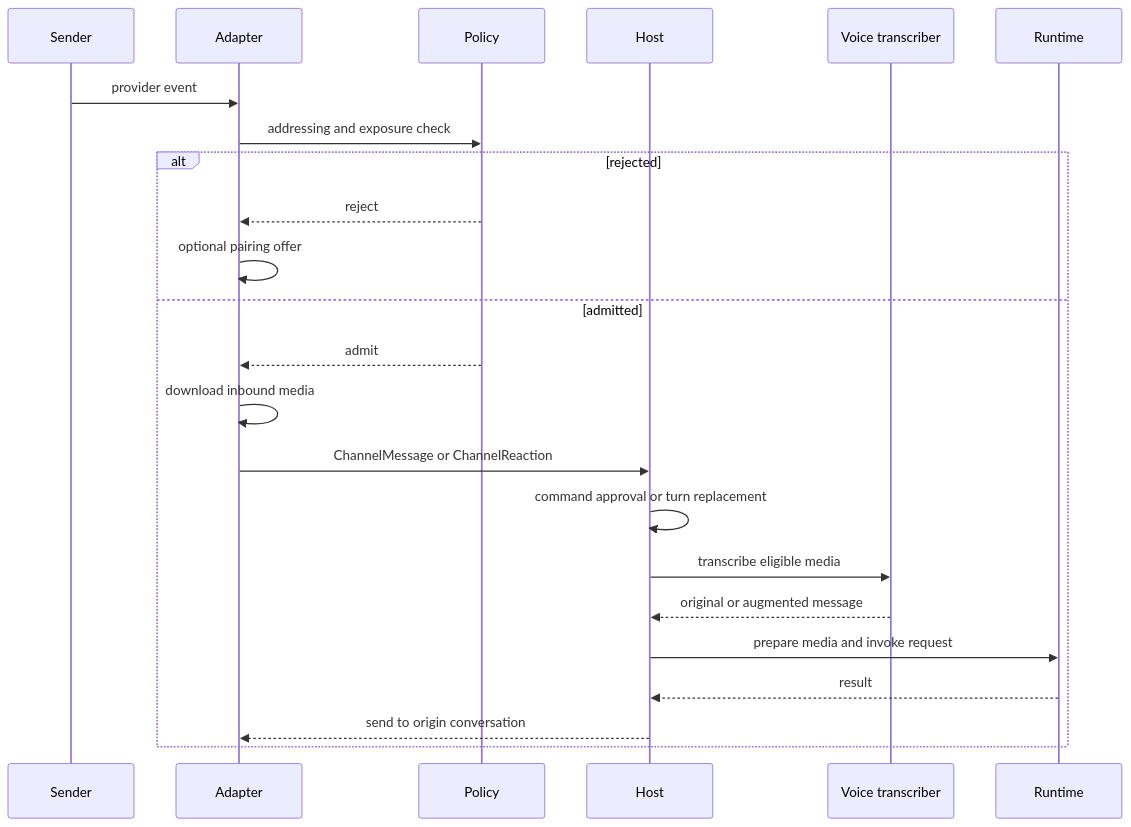
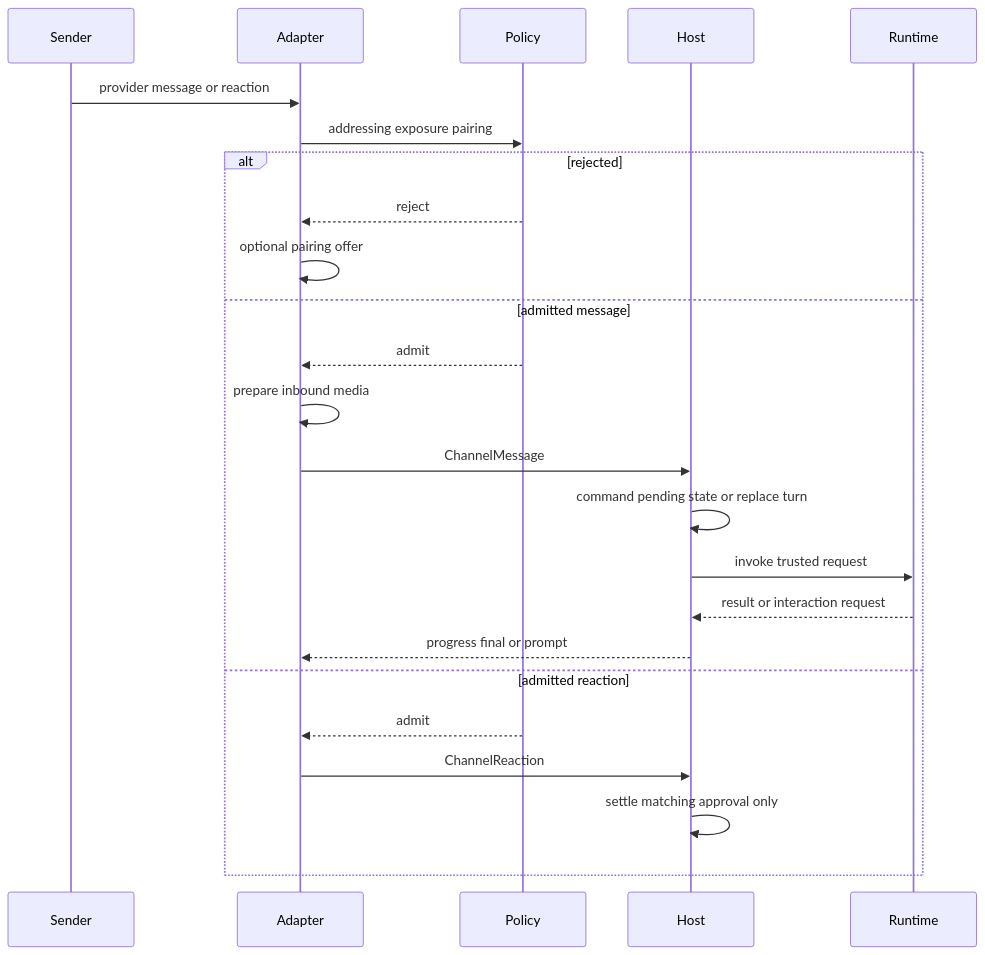
The diagram in openwiki/concepts/talon-channel-admission.md (langchain-ai/deepagents), drawn with Mermaid before and after one commit. The commit also changed other lines of this file and 63 other files, not shown here.

````diff
--- a/openwiki/concepts/talon-channel-admission.md
+++ b/openwiki/concepts/talon-channel-admission.md
@@ -51,26 +57,27 @@
 ```mermaid
 sequenceDiagram
     participant Sender
     participant Adapter
     participant Policy
     participant Host
-    participant Voice as Voice transcriber
     participant Runtime
 
-    Sender->>Adapter: provider event
-    Adapter->>Policy: addressing and exposure check
+    Sender->>Adapter: provider message or reaction
+    Adapter->>Policy: addressing exposure pairing
     alt rejected
         Policy-->>Adapter: reject
         Adapter->>Adapter: optional pairing offer
-    else admitted
+    else admitted message
         Policy-->>Adapter: admit
-        Adapter->>Adapter: download inbound media
-        Adapter->>Host: ChannelMessage or ChannelReaction
-        Host->>Host: command approval or turn replacement
-        Host->>Voice: transcribe eligible media
-        Voice-->>Host: original or augmented message
-        Host->>Runtime: prepare media and invoke request
-        Runtime-->>Host: result
-        Host-->>Adapter: send to origin conversation
+        Adapter->>Adapter: prepare inbound media
+        Adapter->>Host: ChannelMessage
+        Host->>Host: command pending state or replace turn
+        Host->>Runtime: invoke trusted request
+        Runtime-->>Host: result or interaction request
+        Host-->>Adapter: progress final or prompt
+    else admitted reaction
+        Policy-->>Adapter: admit
+        Adapter->>Host: ChannelReaction
+        Host->>Host: settle matching approval only
     end
 ```
````
